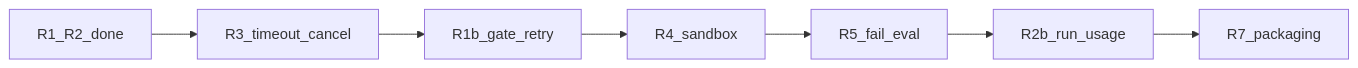
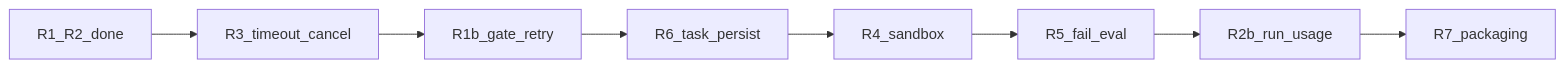
One commit to 912498114xgr/multi-agent-pro changed the diagram in docs/sprintdoc/面试补齐迭代待办.md. Above: the diagram before and after it, drawn with Mermaid. The commit also changed other lines of this file and 25 other files, not shown here.

````diff
--- a/docs/sprintdoc/面试补齐迭代待办.md
+++ b/docs/sprintdoc/面试补齐迭代待办.md
@@ -25,11 +27,12 @@
 ```mermaid
 flowchart LR
   R1R2[R1_R2_done]
   R3[R3_timeout_cancel]
   R1b[R1b_gate_retry]
+  R6[R6_task_persist]
   R4[R4_sandbox]
   R5[R5_fail_eval]
   R2b[R2b_run_usage]
   R7[R7_packaging]
-  R1R2 --> R3 --> R1b --> R4 --> R5 --> R2b --> R7
+  R1R2 --> R3 --> R1b --> R6 --> R4 --> R5 --> R2b --> R7
 ```
````
